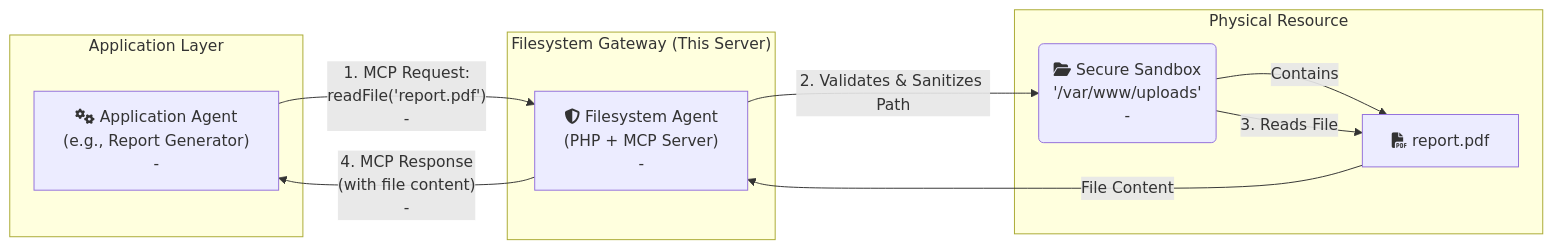
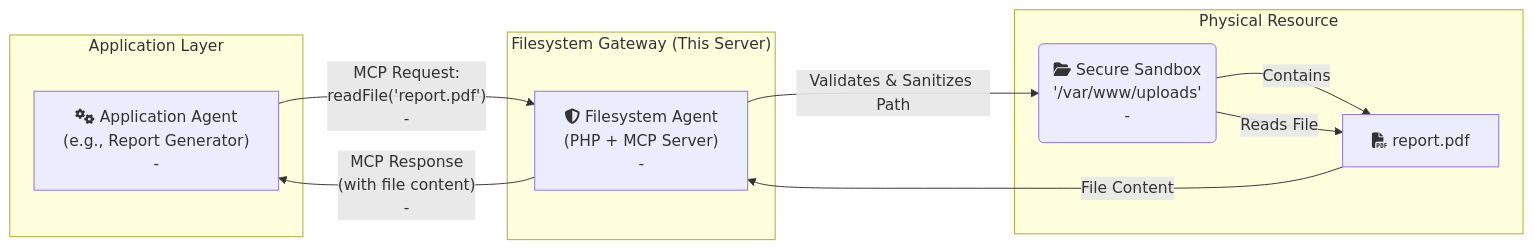
One commit to Intelligent-Intern/quicpro_async changed the second of 4 diagrams in docs/SERVER.md. Above: the diagram before and after it, drawn with Mermaid.

Commit message:
fix mermaid bug in markdown

```diff
--- a/docs/SERVER.md
+++ b/docs/SERVER.md
@@ -176,24 +176,24 @@
 ~~~mermaid
 graph LR
     subgraph "Application Layer"
         A["fa:fa-cogs Application Agent<br/>(e.g., Report Generator)<br/> - "];
     end
 
     subgraph "Filesystem Gateway (This Server)"
         B["fa:fa-shield-alt Filesystem Agent<br/>(PHP + MCP Server)<br/> - "];
     end
 
     subgraph "Physical Resource"
         C("fa:fa-folder-open Secure Sandbox<br/>'/var/www/uploads'<br/> - ");
         D["fa:fa-file-pdf report.pdf"];
         C -- Contains --> D;
     end
     
-    A -- "1. MCP Request:<br/>readFile('report.pdf')<br/> - " --> B;
-    B -- "2. Validates & Sanitizes Path" --> C;
-    C -- "3. Reads File" --> D;
+    A -- "MCP Request:<br/>readFile('report.pdf')<br/> - " --> B;
+    B -- "Validates & Sanitizes Path" --> C;
+    C -- "Reads File" --> D;
     D -- "File Content" --> B;
-    B -- "4. MCP Response<br/>(with file content)<br/> - " --> A;
+    B -- "MCP Response<br/>(with file content)<br/> - " --> A;
     
     class A,B,C,D internal;
 ~~~
```
